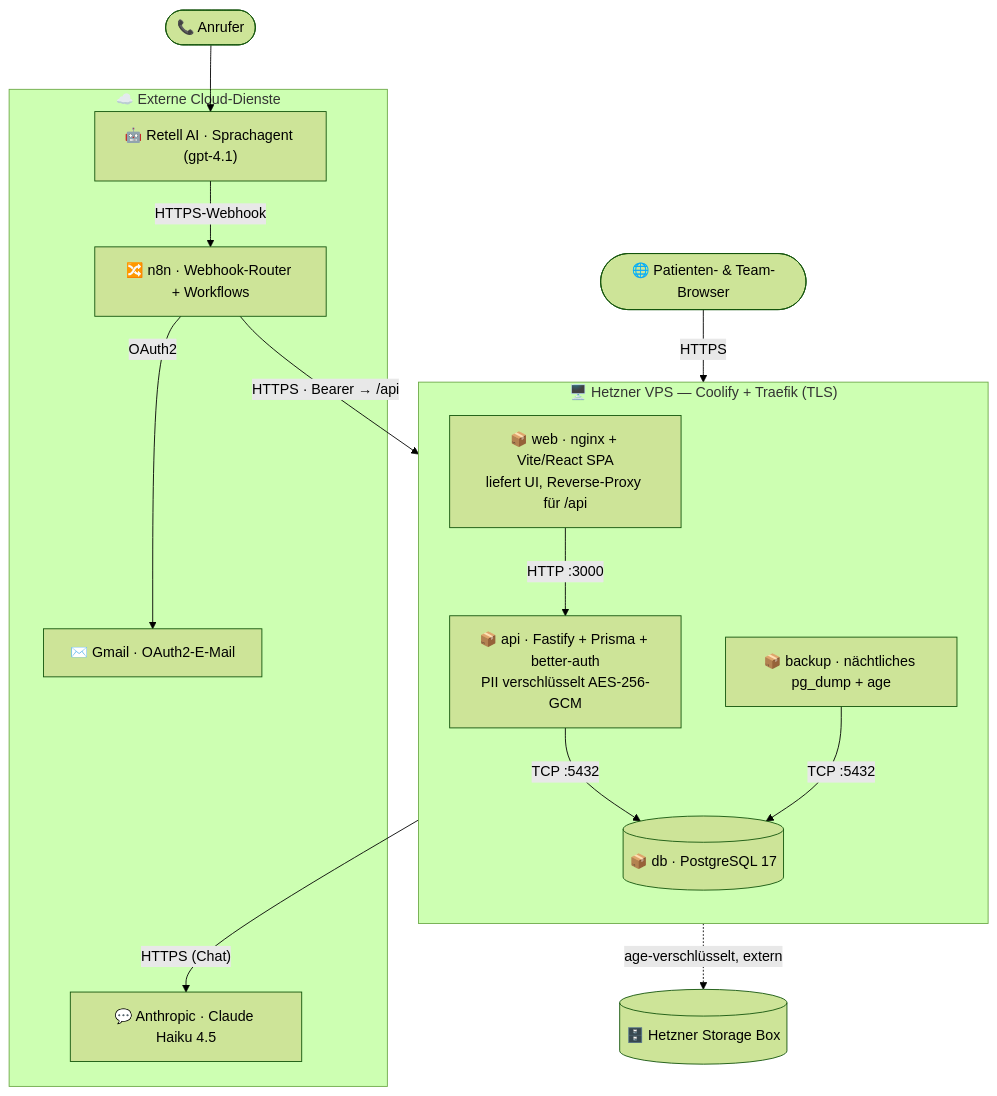
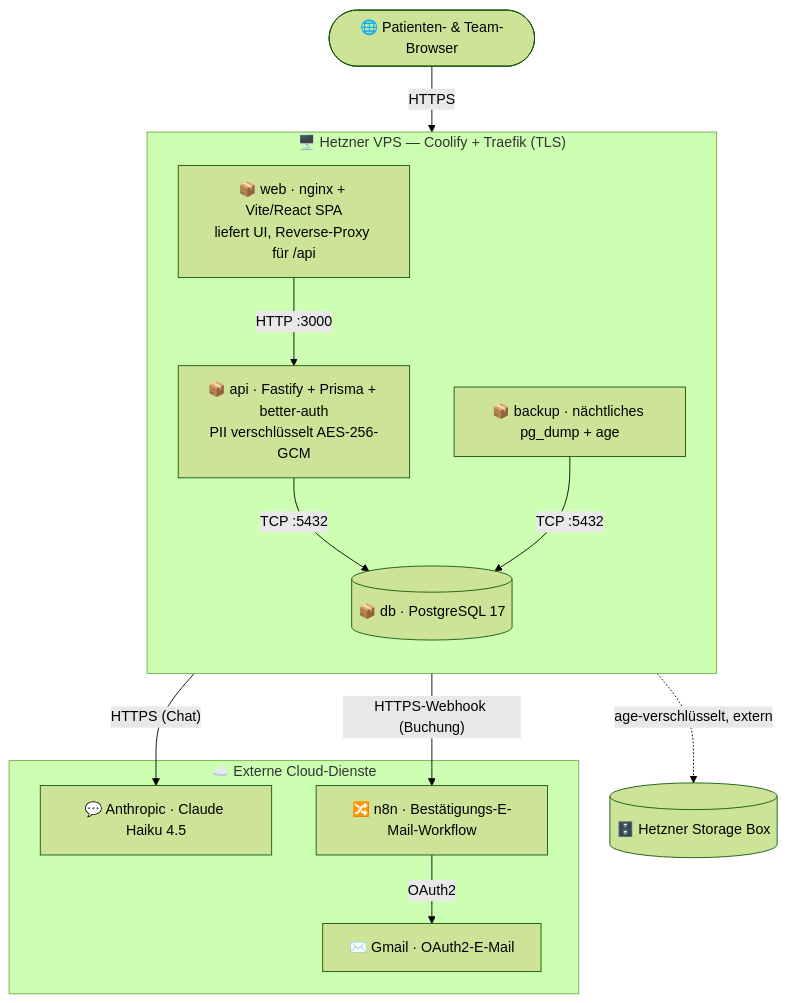
The third of 3 diagrams in docs/user-guide.de.md (hbela/sunshine-dental), drawn with Mermaid (forest theme) before and after one commit. The commit also changed other lines of this file and 103 other files, not shown here.

````diff
--- a/docs/user-guide.de.md
+++ b/docs/user-guide.de.md
@@ -227,29 +210,26 @@
 ```mermaid
 flowchart TB
     browser(["🌐 Patienten- & Team-Browser"]) -->|HTTPS| web
-    phone(["📞 Anrufer"]) --> retell
 
     subgraph vps["🖥️ Hetzner VPS — Coolify + Traefik (TLS)"]
         direction TB
         web["📦 web · nginx + Vite/React SPA<br/>liefert UI, Reverse-Proxy für /api"]
         api["📦 api · Fastify + Prisma + better-auth<br/>PII verschlüsselt AES-256-GCM"]
         db[("📦 db · PostgreSQL 17")]
         backup["📦 backup · nächtliches pg_dump + age"]
         web -->|"HTTP :3000"| api
         api -->|"TCP :5432"| db
         backup -->|"TCP :5432"| db
     end
 
     subgraph cloud["☁️ Externe Cloud-Dienste"]
-        retell["🤖 Retell AI · Sprachagent (gpt-4.1)"]
-        n8n["🔀 n8n · Webhook-Router + Workflows"]
         anthropic["💬 Anthropic · Claude Haiku 4.5"]
+        n8n["🔀 n8n · Bestätigungs-E-Mail-Workflow"]
         gmail["✉️ Gmail · OAuth2-E-Mail"]
     end
 
-    retell -->|HTTPS-Webhook| n8n
-    n8n -->|"HTTPS · Bearer → /api"| web
     api -->|"HTTPS (Chat)"| anthropic
+    api -->|"HTTPS-Webhook (Buchung)"| n8n
     n8n -->|OAuth2| gmail
     backup -.->|age-verschlüsselt, extern| storagebox[("🗄️ Hetzner Storage Box")]
 ```
````
